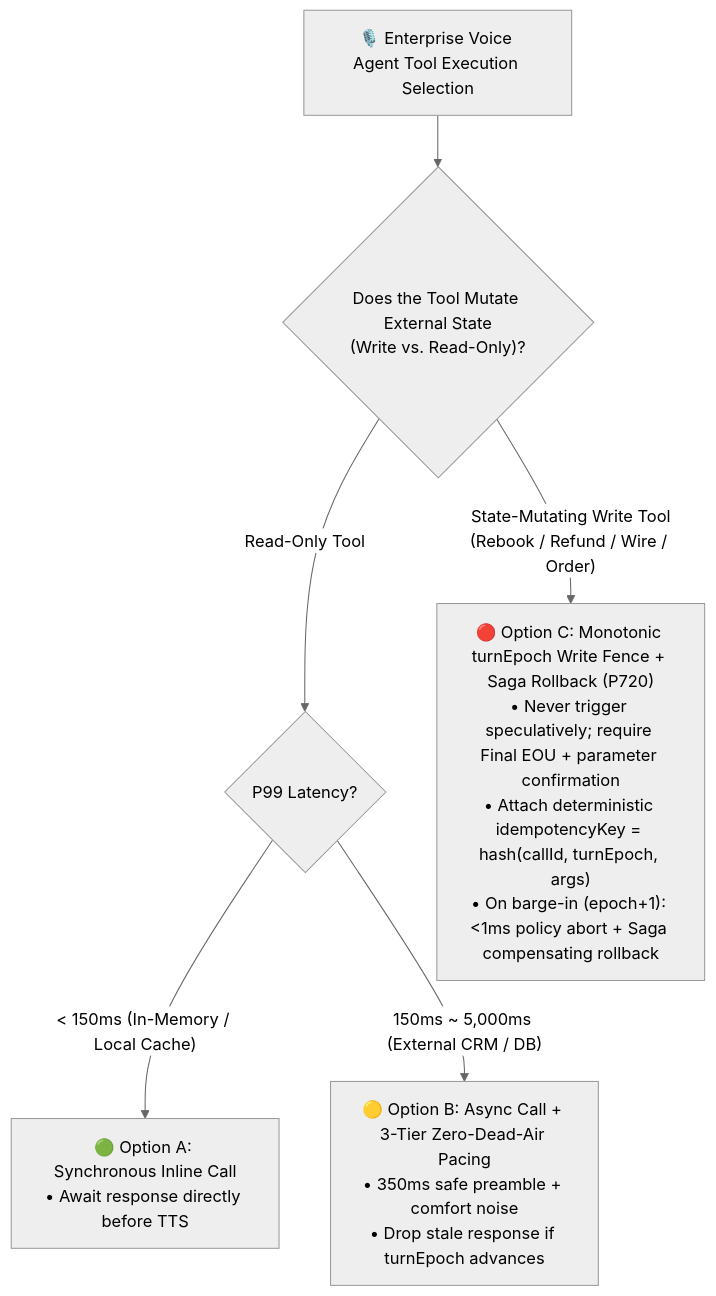
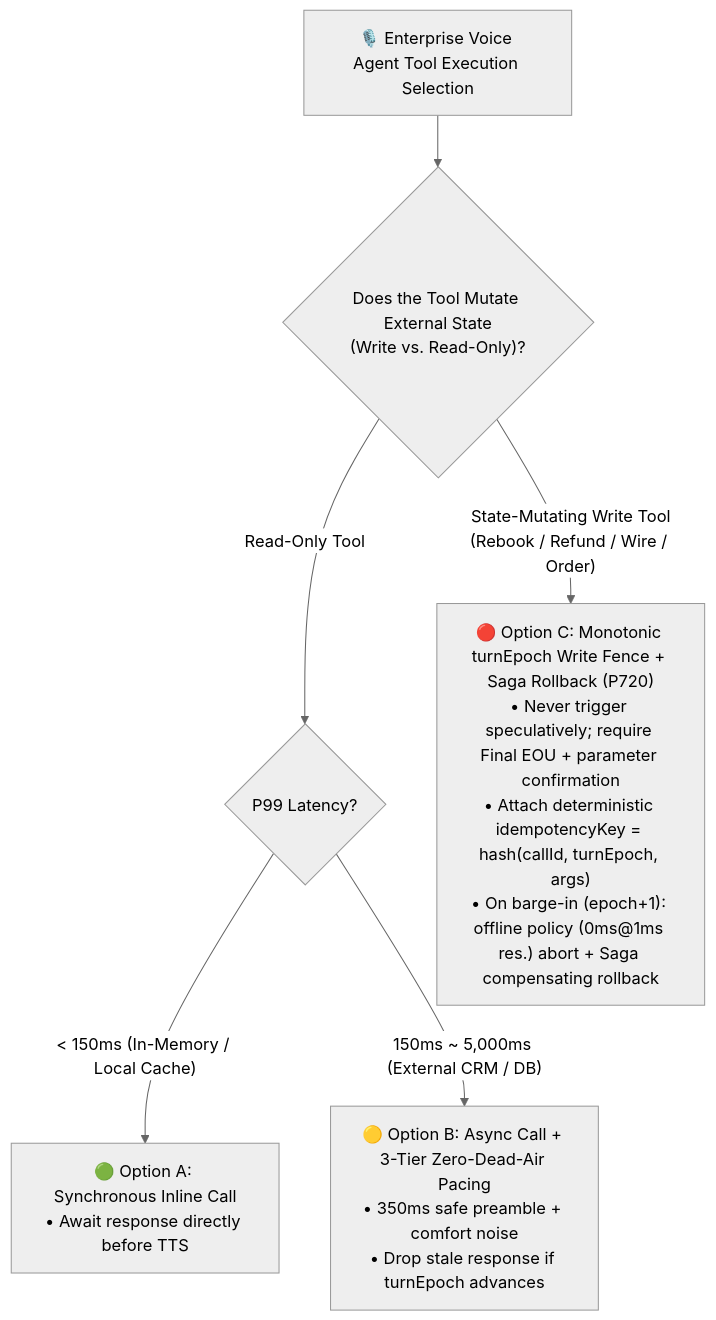
One commit to turbo998/turbo998.github.io changed the first of 3 diagrams in voice/voice-tool-epoch-fence-faq.en.md. Above: the diagram before and after it, drawn with Mermaid (neutral theme). The commit also changed other lines of this file and 43 other files, not shown here.

````diff
--- a/voice/voice-tool-epoch-fence-faq.en.md
+++ b/voice/voice-tool-epoch-fence-faq.en.md
@@ -51,10 +51,10 @@
 ```mermaid
 flowchart TD
     Start["🎙️ Enterprise Voice Agent Tool Execution Selection"] --> Q1{"Does the Tool Mutate External State\n(Write vs. Read-Only)?"}
 
     Q1 -- "Read-Only Tool" --> Q2{"P99 Latency?"}
     Q2 -- "< 150ms (In-Memory / Local Cache)" --> InlineSync["🟢 Option A: Synchronous Inline Call\n• Await response directly before TTS"]
     Q2 -- "150ms ~ 5,000ms (External CRM / DB)" --> AsyncRead["🟡 Option B: Async Call + 3-Tier Zero-Dead-Air Pacing\n• 350ms safe preamble + comfort noise\n• Drop stale response if turnEpoch advances"]
 
-    Q1 -- "State-Mutating Write Tool\n(Rebook / Refund / Wire / Order)" --> WriteFence["🔴 Option C: Monotonic turnEpoch Write Fence + Saga Rollback (P720)\n• Never trigger speculatively; require Final EOU + parameter confirmation\n• Attach deterministic idempotencyKey = hash(callId, turnEpoch, args)\n• On barge-in (epoch+1): <1ms policy abort + Saga compensating rollback"]
+    Q1 -- "State-Mutating Write Tool\n(Rebook / Refund / Wire / Order)" --> WriteFence["🔴 Option C: Monotonic turnEpoch Write Fence + Saga Rollback (P720)\n• Never trigger speculatively; require Final EOU + parameter confirmation\n• Attach deterministic idempotencyKey = hash(callId, turnEpoch, args)\n• On barge-in (epoch+1): offline policy (0ms@1ms res.) abort + Saga compensating rollback"]
 ```
````
